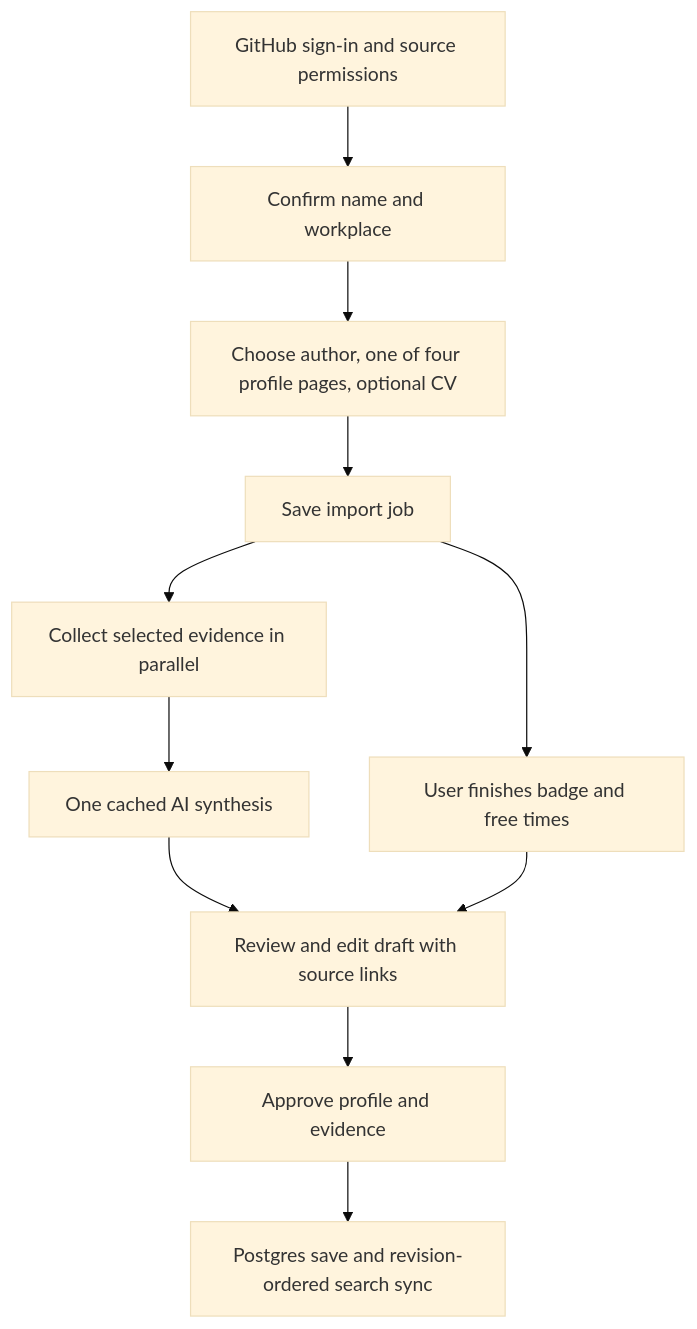
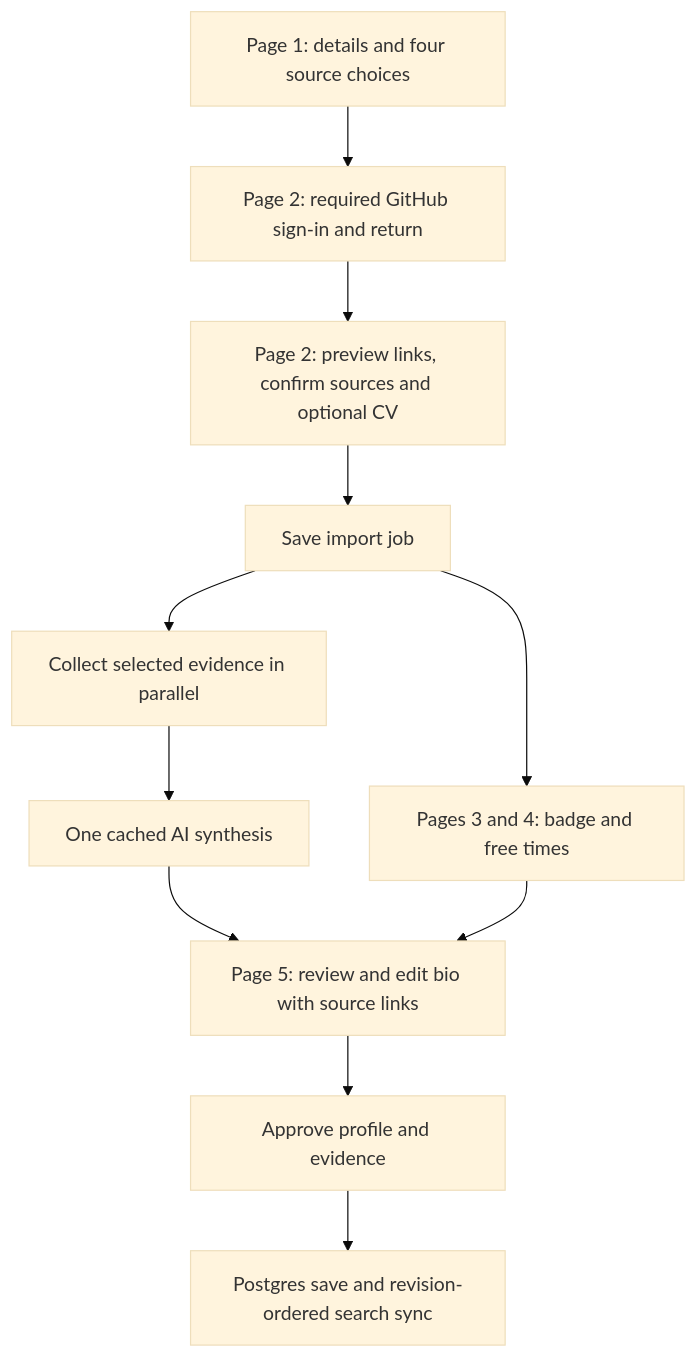
The diagram in db/Profile-Enrichment-Plan.md (akv-iu/Convo), drawn with Mermaid (base theme) before and after one commit. The commit also changed other lines of this file, not shown here.

Commit message:
Confirm source preview order and cause-specific import guidance

````diff
--- a/db/Profile-Enrichment-Plan.md
+++ b/db/Profile-Enrichment-Plan.md
@@ -44,13 +46,13 @@
 ```mermaid
 flowchart TD
-  A[GitHub sign-in and source permissions] --> B[Confirm name and workplace]
-  B --> C[Choose author, one of four profile pages, optional CV]
+  A[Page 1: details and four source choices] --> B[Page 2: required GitHub sign-in and return]
+  B --> C[Page 2: preview links, confirm sources and optional CV]
   C --> D[Save import job]
   D --> E[Collect selected evidence in parallel]
-  D --> F[User finishes badge and free times]
+  D --> F[Pages 3 and 4: badge and free times]
   E --> G[One cached AI synthesis]
-  G --> H[Review and edit draft with source links]
+  G --> H[Page 5: review and edit bio with source links]
   F --> H
   H --> I[Approve profile and evidence]
   I --> J[Postgres save and revision-ordered search sync]
 ```
````
